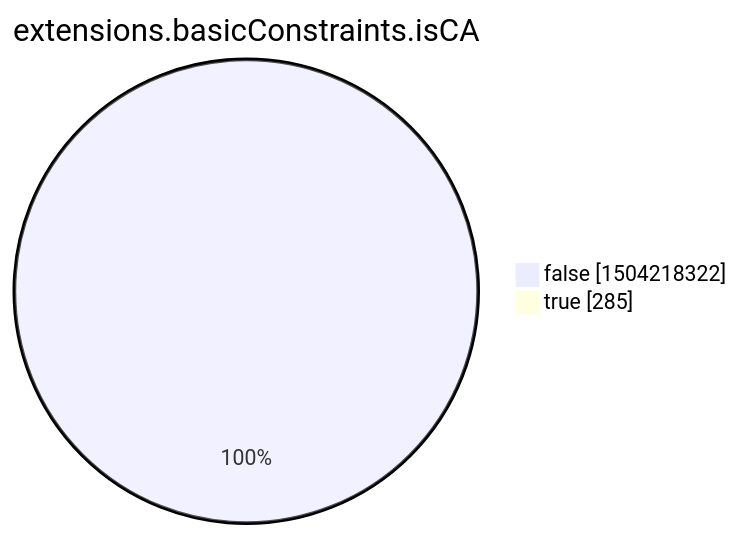
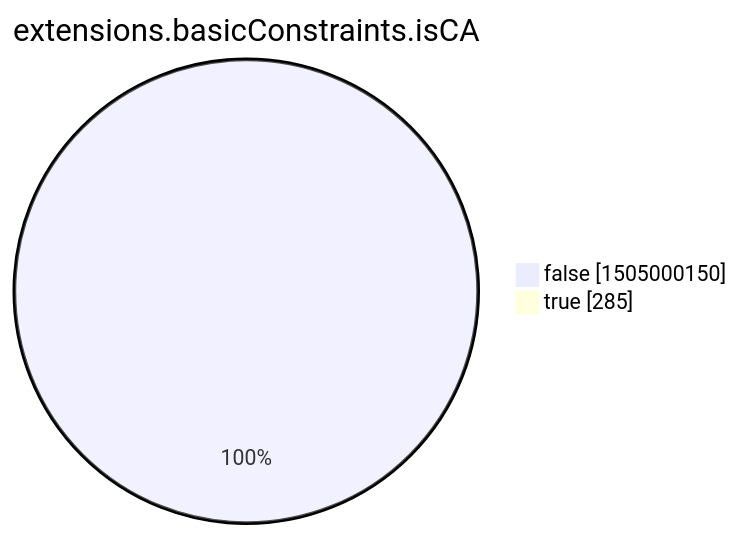
One commit to christiankrug/ctmonitor_visualization changed the eighth of 15 diagrams in xenon2022/README.md. Above: the diagram before and after it, drawn with Mermaid. The commit also changed other lines of this file, not shown here.

````diff
--- a/xenon2022/README.md
+++ b/xenon2022/README.md
@@ -2854,6 +2854,6 @@
 ```mermaid
 pie showData
 title extensions.basicConstraints.isCA
-"false" :1504218322
+"false" :1505000150
 "true" :285
 ```
````
